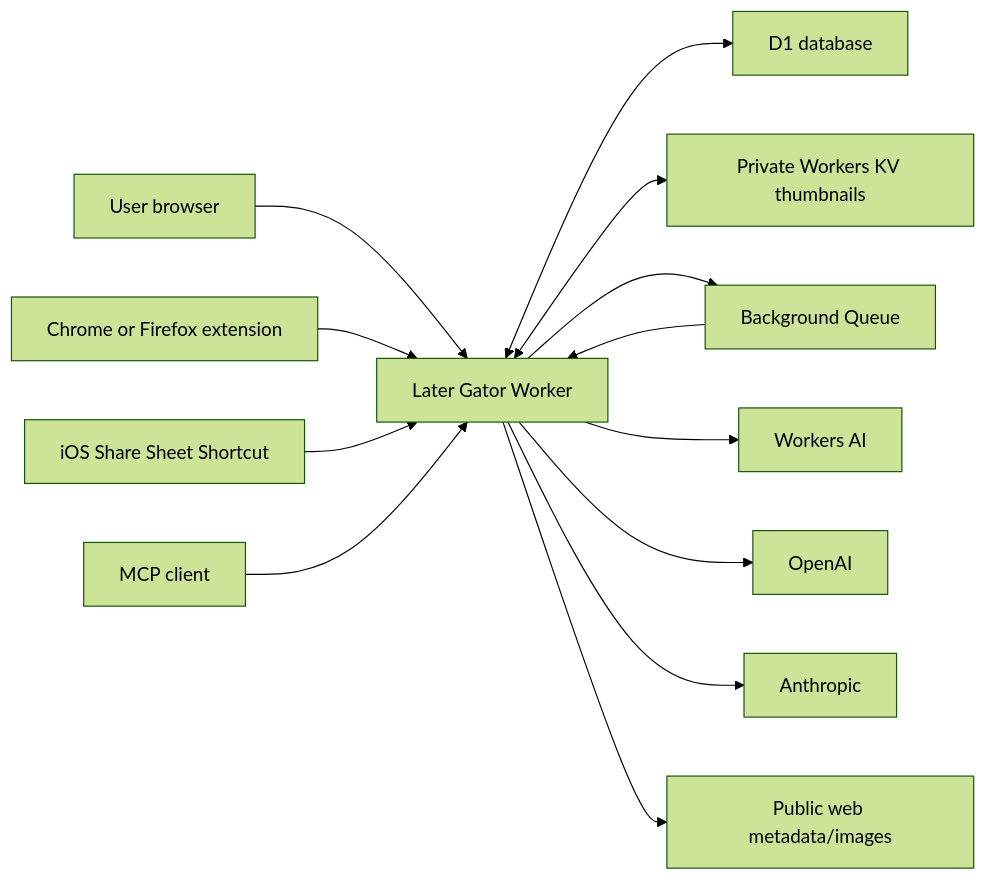
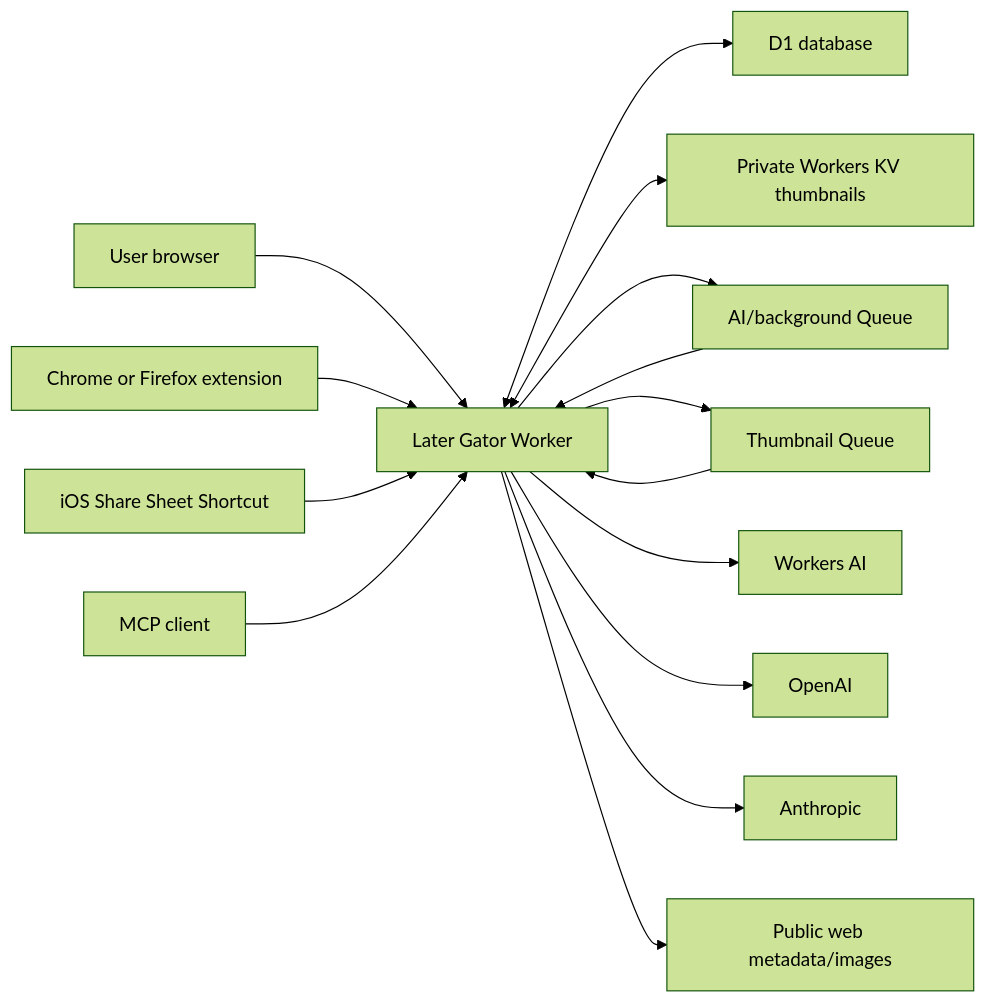
The diagram in docs/technical-design.md (vishvak1/later-gator), drawn with Mermaid (forest theme) before and after one commit. The commit also changed other lines of this file and 66 other files, not shown here.

````diff
--- a/docs/technical-design.md
+++ b/docs/technical-design.md
@@ -132,16 +134,18 @@
 ```mermaid
 flowchart LR
     USER["User browser"] --> WORKER["Later Gator Worker"]
     EXT["Chrome or Firefox extension"] --> WORKER
     IOS["iOS Share Sheet Shortcut"] --> WORKER
     MCP["MCP client"] --> WORKER
 
     WORKER <--> DB["D1 database"]
     WORKER <--> KV["Private Workers KV thumbnails"]
-    WORKER --> Q["Background Queue"]
-    Q --> WORKER
+    WORKER --> AQ["AI/background Queue"]
+    AQ --> WORKER
+    WORKER --> TQ["Thumbnail Queue"]
+    TQ --> WORKER
     WORKER --> AI["Workers AI"]
     WORKER --> OA["OpenAI"]
     WORKER --> AN["Anthropic"]
     WORKER --> WEB["Public web metadata/images"]
 ```
````
